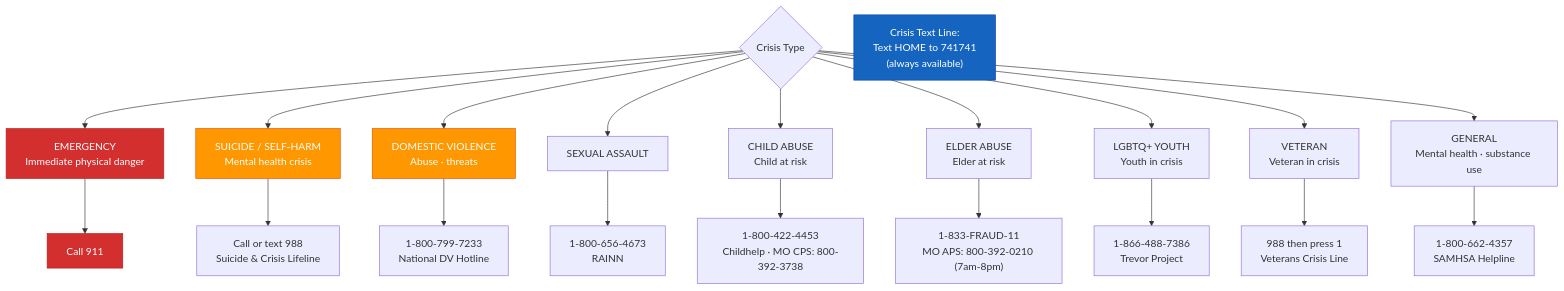
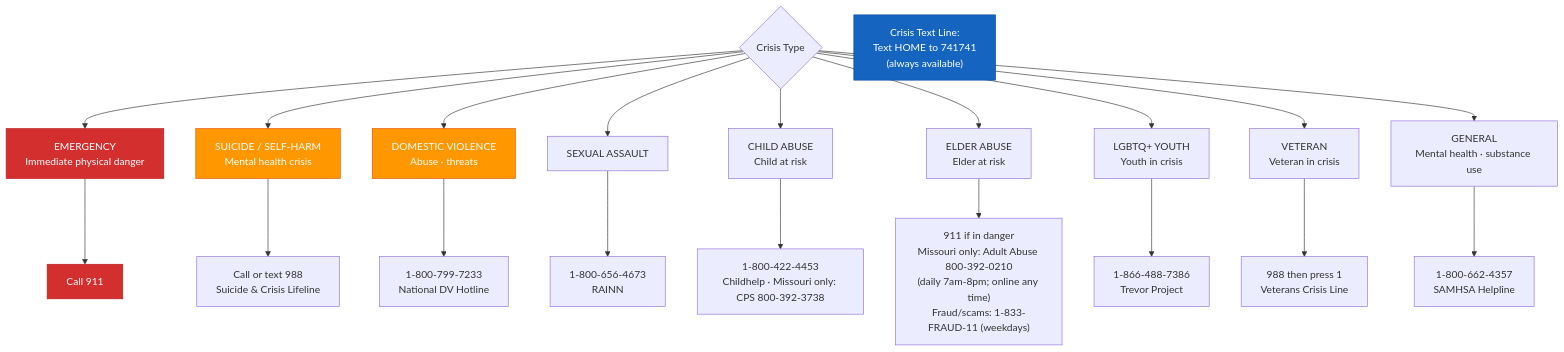
Before and after one commit to dougdevitre/access-to-peace: the diagram in references/crisis-resources.md, drawn with Mermaid. The commit also changed other lines of this file and 23 other files, not shown here.

````diff
--- a/references/crisis-resources.md
+++ b/references/crisis-resources.md
@@ -7,32 +7,32 @@
 ```mermaid
 flowchart TD
     CRISIS{"Crisis Type"}
 
     CRISIS --> EMERGENCY["EMERGENCY\nImmediate physical danger"]
     CRISIS --> SUICIDE["SUICIDE / SELF-HARM\nMental health crisis"]
     CRISIS --> DV["DOMESTIC VIOLENCE\nAbuse · threats"]
     CRISIS --> SA["SEXUAL ASSAULT"]
     CRISIS --> CHILD["CHILD ABUSE\nChild at risk"]
     CRISIS --> ELDER["ELDER ABUSE\nElder at risk"]
     CRISIS --> YOUTH_Q["LGBTQ+ YOUTH\nYouth in crisis"]
     CRISIS --> VET["VETERAN\nVeteran in crisis"]
     CRISIS --> GENERAL["GENERAL\nMental health · substance use"]
 
     EMERGENCY --> E911["Call 911"]
     SUICIDE --> S988["Call or text 988\nSuicide & Crisis Lifeline"]
     DV --> DV_LINE["1-800-799-7233\nNational DV Hotline"]
     SA --> SA_LINE["1-800-656-4673\nRAINN"]
-    CHILD --> CHILD_LINE["1-800-422-4453\nChildhelp · MO CPS: 800-392-3738"]
-    ELDER --> ELDER_LINE["1-833-FRAUD-11\nMO APS: 800-392-0210 (7am-8pm)"]
+    CHILD --> CHILD_LINE["1-800-422-4453\nChildhelp · Missouri only: CPS 800-392-3738"]
+    ELDER --> ELDER_LINE["911 if in danger\nMissouri only: Adult Abuse 800-392-0210\n(daily 7am-8pm; online any time)\nFraud/scams: 1-833-FRAUD-11 (weekdays)"]
     YOUTH_Q --> TREVOR["1-866-488-7386\nTrevor Project"]
     VET --> VET_LINE["988 then press 1\nVeterans Crisis Line"]
     GENERAL --> SAMHSA["1-800-662-4357\nSAMHSA Helpline"]
 
     TEXT["Crisis Text Line:\nText HOME to 741741\n(always available)"]
 
     style EMERGENCY fill:#d32f2f,stroke:#b71c1c,color:#fff
     style E911 fill:#d32f2f,stroke:#b71c1c,color:#fff
     style SUICIDE fill:#ff9800,stroke:#e65100,color:#fff
     style DV fill:#ff9800,stroke:#e65100,color:#fff
     style TEXT fill:#1565c0,stroke:#0d47a1,color:#fff
 ```
````
